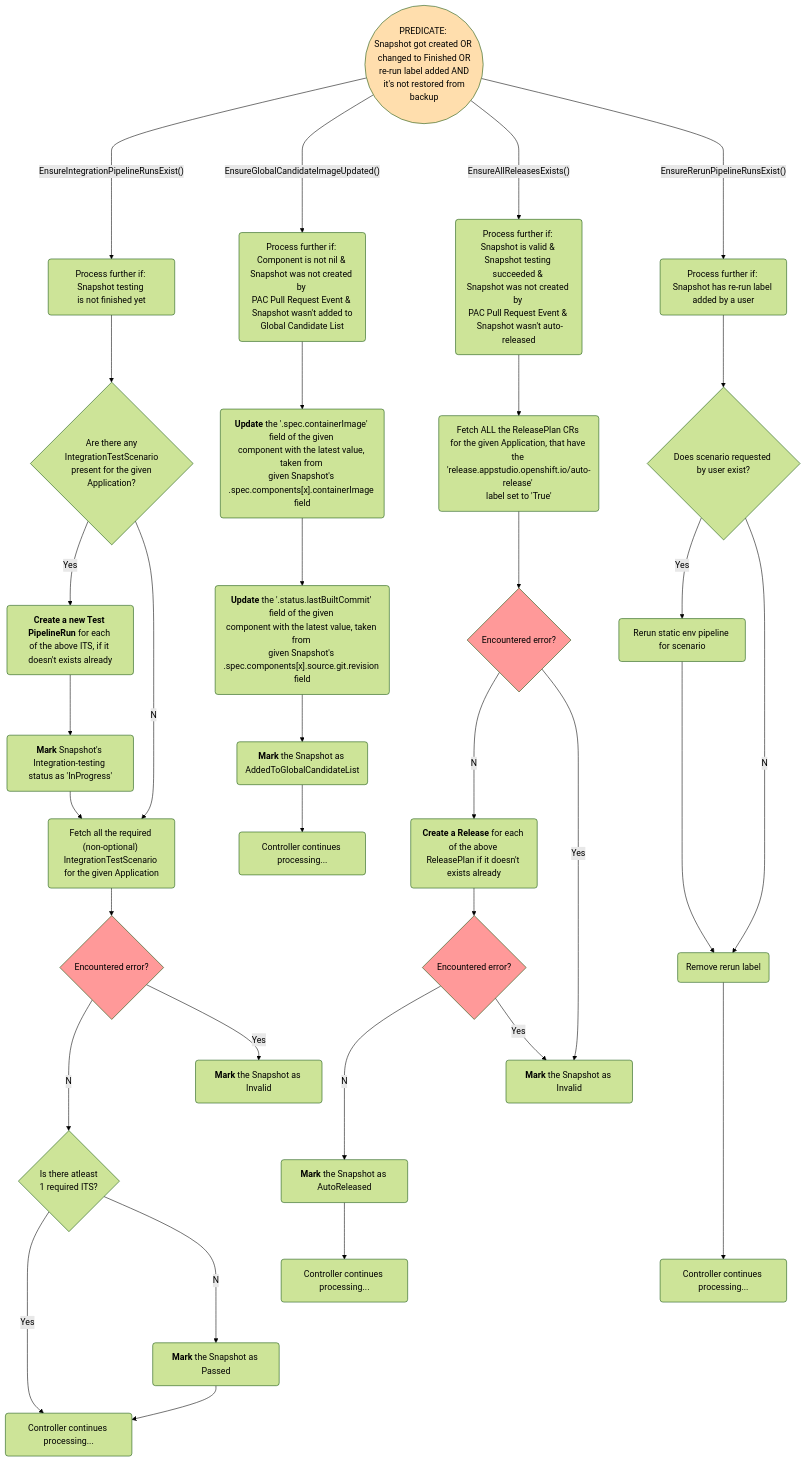
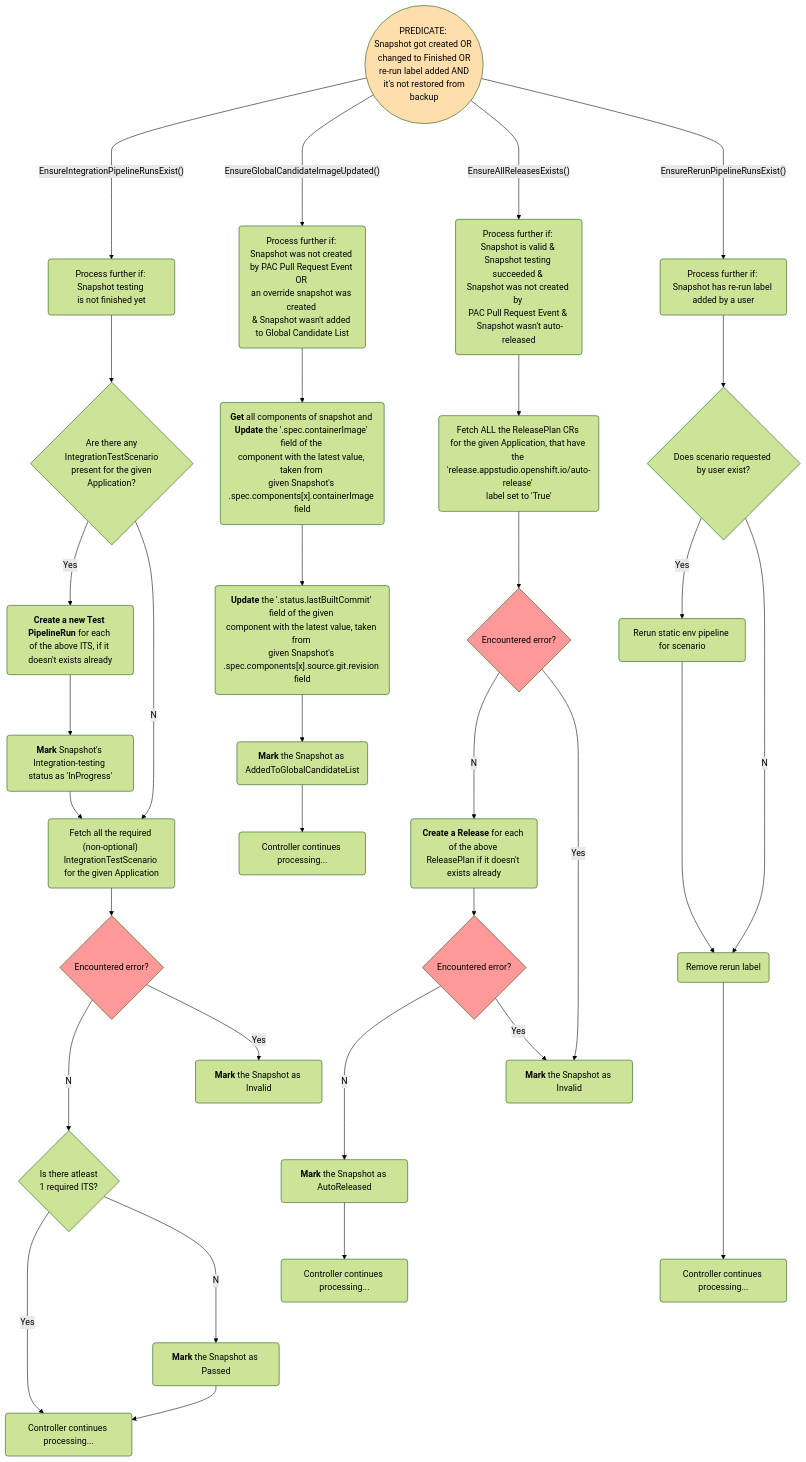
One commit to konflux-ci/integration-service changed the diagram in docs/snapshot-controller.md. Above: the diagram before and after it, drawn with Mermaid. The commit also changed 4 other files, not shown here.

First line of the commit message:
feat(STONEINTG-892): support new override snapshot

```diff
--- a/docs/snapshot-controller.md
+++ b/docs/snapshot-controller.md
@@ -42,8 +42,8 @@
   %%%%%%%%%%%%%%%%%%%%%%% Drawing EnsureGlobalCandidateImageUpdated() function
 
   %% Node definitions
-  ensure2(Process further if: Component is not nil & <br>Snapshot was not created by <br>PAC Pull Request Event & <br> Snapshot wasn't added to Global Candidate List)
-  update_container_image("<b>Update</b> the '.spec.containerImage' field of the given <br>component with the latest value, taken from <br>given Snapshot's .spec.components[x].containerImage field")
+  ensure2(Process further if: <br>Snapshot was not created by PAC Pull Request Event OR <br>an override snapshot was created <br>& Snapshot wasn't added to Global Candidate List)
+  update_container_image("<b>Get</b> all components of snapshot and <br><b>Update</b> the '.spec.containerImage' field of the <br>component with the latest value, taken from <br>given Snapshot's .spec.components[x].containerImage field")
   update_last_built_commit("<b>Update</b> the '.status.lastBuiltCommit' field of the given <br>component with the latest value, taken from <br>given Snapshot's .spec.components[x].source.git.revision field")
   mark_snapshot_added_to_GCL(<b>Mark</b> the Snapshot as AddedToGlobalCandidateList)
   continue_processing2(Controller continues processing...)
```
